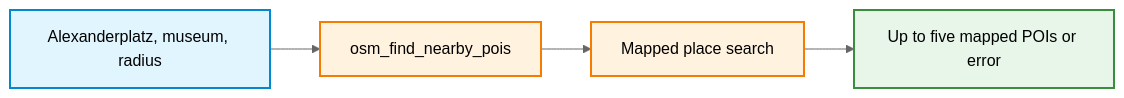
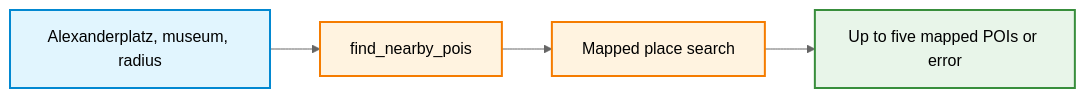
The fourth of 7 diagrams in material/activity2a.md (AI-Learning-Repo/Neural-Network-Project), drawn with Mermaid (neutral theme) before and after one commit. The commit also changed other lines of this file and 1 other file, not shown here.

````diff
--- a/material/activity2a.md
+++ b/material/activity2a.md
@@ -464,9 +519,9 @@
 ```mermaid
 flowchart LR
     classDef input fill:#e1f5fe,stroke:#0288d1,stroke-width:2px;
     classDef process fill:#fff3e0,stroke:#f57c00,stroke-width:2px;
     classDef output fill:#e8f5e9,stroke:#388e3c,stroke-width:2px;
-    filters["Alexanderplatz, museum, radius"]:::input --> tool["osm_find_nearby_pois"]:::process
+    filters["Alexanderplatz, museum, radius"]:::input --> tool["find_nearby_pois"]:::process
     tool --> backend["Mapped place search"]:::process
     backend --> result["Up to five mapped POIs or error"]:::output
 ```
````
